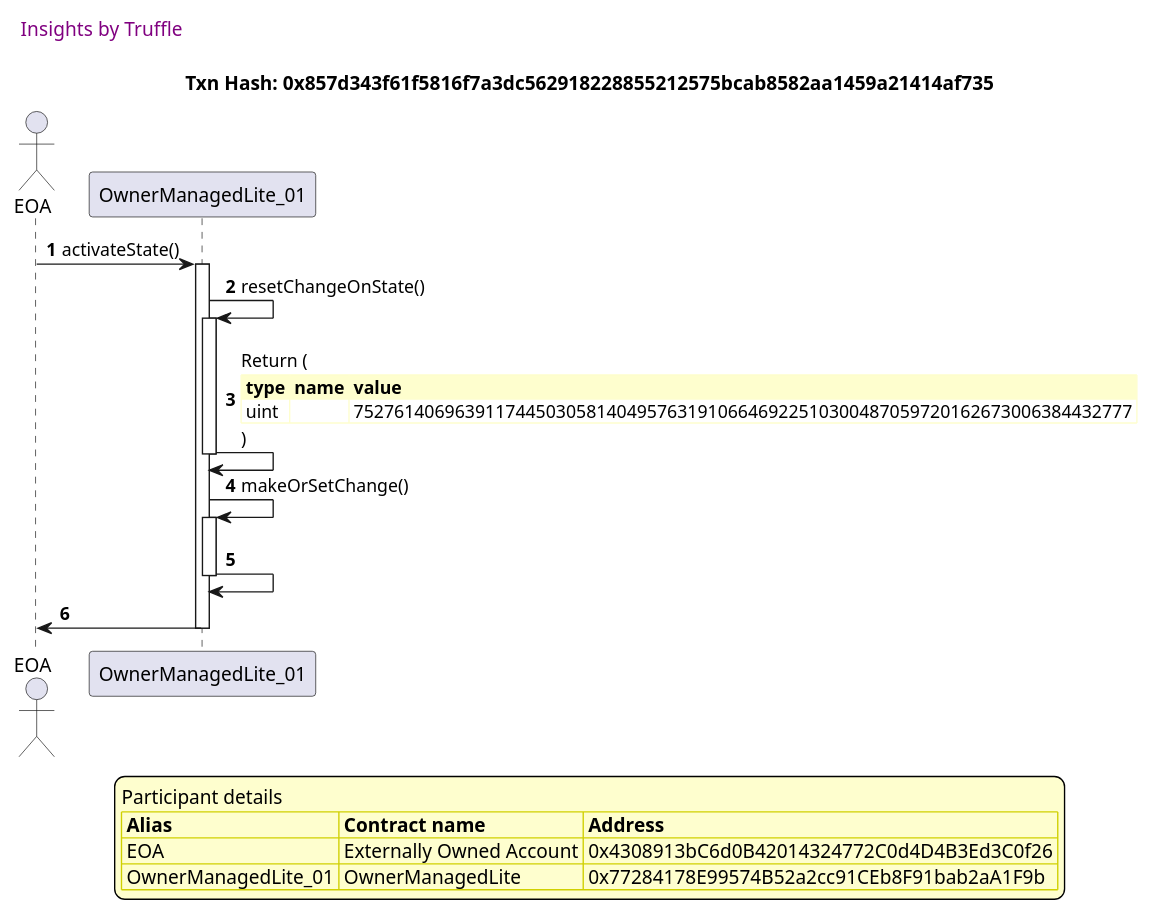
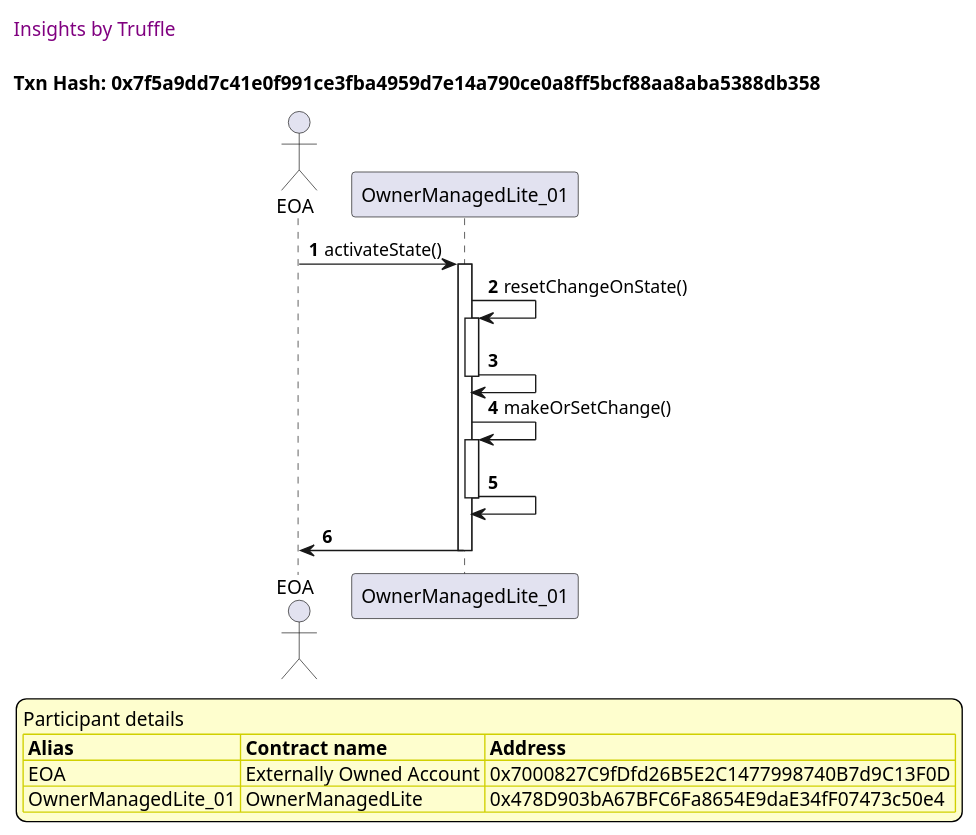
Diagram 13 of 31 in truffle-seq/OwnerManagedLite_test_griefing_prevention.md (thedarkjester/ConsensysAssignment), drawn with PlantUML before and after one commit. The commit also changed other lines of this file and 13 other files, not shown here.

````diff
--- a/truffle-seq/OwnerManagedLite_test_griefing_prevention.md
+++ b/truffle-seq/OwnerManagedLite_test_griefing_prevention.md
@@ -651,44 +602,41 @@
 ```plantuml
 
 
 @startuml
 
 autonumber
 skinparam legendBackgroundColor #FEFECE
 
 <style>
       header {
         HorizontalAlignment left
         FontColor purple
         FontSize 14
         Padding 10
       }
     </style>
 
 header Insights by Truffle
 
-title Txn Hash: 0x857d343f61f5816f7a3dc562918228855212575bcab8582aa1459a21414af735
+title Txn Hash: 0x7f5a9dd7c41e0f991ce3fba4959d7e14a790ce0a8ff5bcf88aa8aba5388db358
 
 
 actor EOA as "EOA"
 participant OwnerManagedLite_01 as "OwnerManagedLite_01"
 
 "EOA" -> "OwnerManagedLite_01" ++: activateState()
 "OwnerManagedLite_01" -> "OwnerManagedLite_01" ++: resetChangeOnState()
-"OwnerManagedLite_01" -> "OwnerManagedLite_01" --: Return (\n\
-<#FEFECE,#FEFECE>|= type |= name |= value |\n\
-| uint |  | 75276140696391174450305814049576319106646922510300487059720162673006384432777 |\n\
-)
+"OwnerManagedLite_01" -> "OwnerManagedLite_01" --: 
 "OwnerManagedLite_01" -> "OwnerManagedLite_01" ++: makeOrSetChange()
 "OwnerManagedLite_01" -> "OwnerManagedLite_01" --: 
 "OwnerManagedLite_01" -> "EOA" --: 
 
 legend
 Participant details
 <#FEFECE,#D0D000>|= Alias |= Contract name |= Address |
-<#FEFECE>| EOA | Externally Owned Account | 0x4308913bC6d0B42014324772C0d4D4B3Ed3C0f26 |
-<#FEFECE>| OwnerManagedLite_01 | OwnerManagedLite | 0x77284178E99574B52a2cc91CEb8F91bab2aA1F9b |
+<#FEFECE>| EOA | Externally Owned Account | 0x7000827C9fDfd26B5E2C1477998740B7d9C13F0D |
+<#FEFECE>| OwnerManagedLite_01 | OwnerManagedLite | 0x478D903bA67BFC6Fa8654E9daE34fF07473c50e4 |
 endlegend
 
 @enduml
 ```
````
